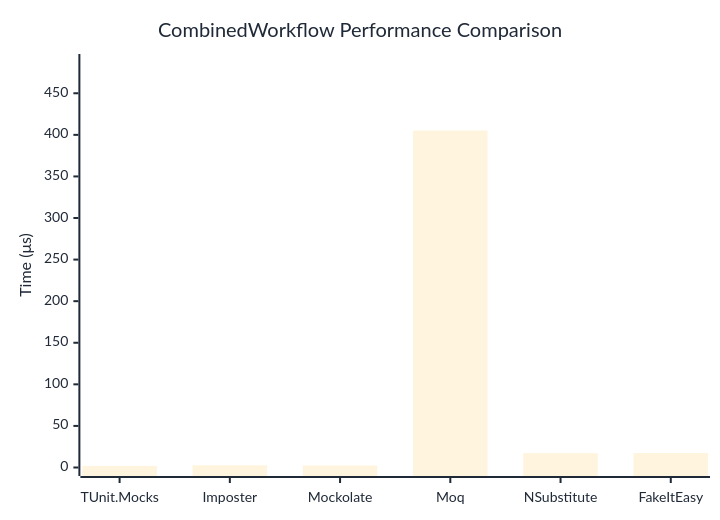
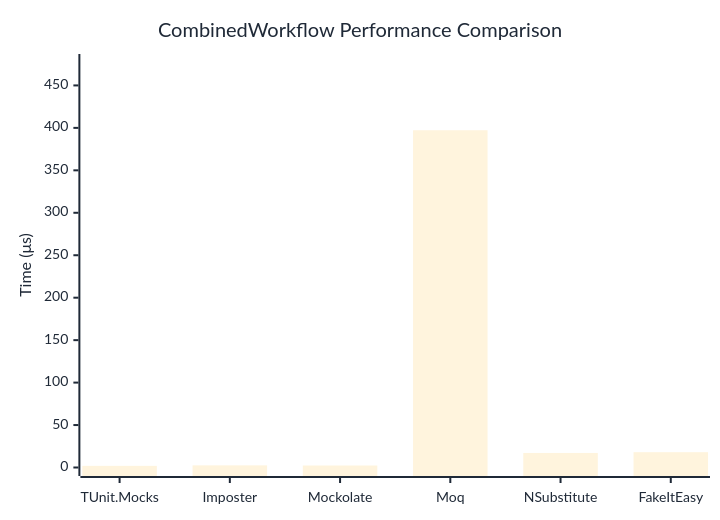
One commit to thomhurst/TUnit changed the diagram in docs/docs/benchmarks/mocks/CombinedWorkflow.md. Above: the diagram before and after it, drawn with Mermaid. The commit also changed other lines of this file and 14 other files, not shown here.

````diff
--- a/docs/docs/benchmarks/mocks/CombinedWorkflow.md
+++ b/docs/docs/benchmarks/mocks/CombinedWorkflow.md
@@ -28,27 +28,27 @@
 ```mermaid
 %%{init: {
   'theme':'base',
   'themeVariables': {
     'primaryColor': '#2563eb',
     'primaryTextColor': '#1f2937',
     'primaryBorderColor': '#1e40af',
     'lineColor': '#6b7280',
     'secondaryColor': '#7c3aed',
     'tertiaryColor': '#dc2626',
     'background': '#ffffff',
     'pie1': '#2563eb',
     'pie2': '#7c3aed',
     'pie3': '#dc2626',
     'pie4': '#f59e0b',
     'pie5': '#10b981',
     'pie6': '#06b6d4',
     'pie7': '#ec4899',
     'pie8': '#6366f1'
   }
 }}%%
 xychart-beta
   title "CombinedWorkflow Performance Comparison"
   x-axis ["TUnit.Mocks", "Imposter", "Mockolate", "Moq", "NSubstitute", "FakeItEasy"]
-  y-axis "Time (μs)" 0 --> 487
-  bar [1.927, 2.695, 2.404, 405.221, 17.325, 17.442]
+  y-axis "Time (μs)" 0 --> 477
+  bar [1.938, 2.529, 2.338, 397.211, 17.121, 18.018]
 ```
````
